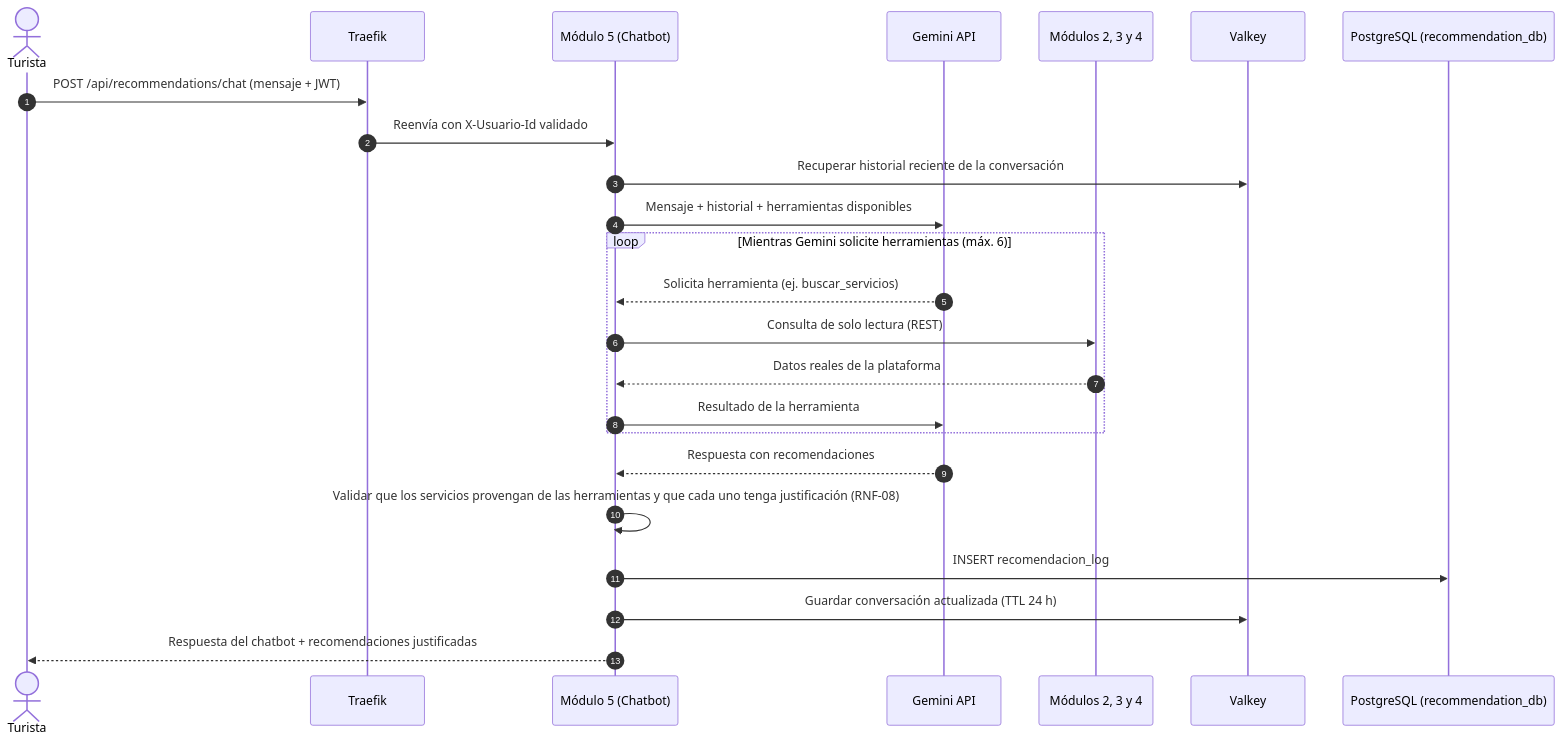
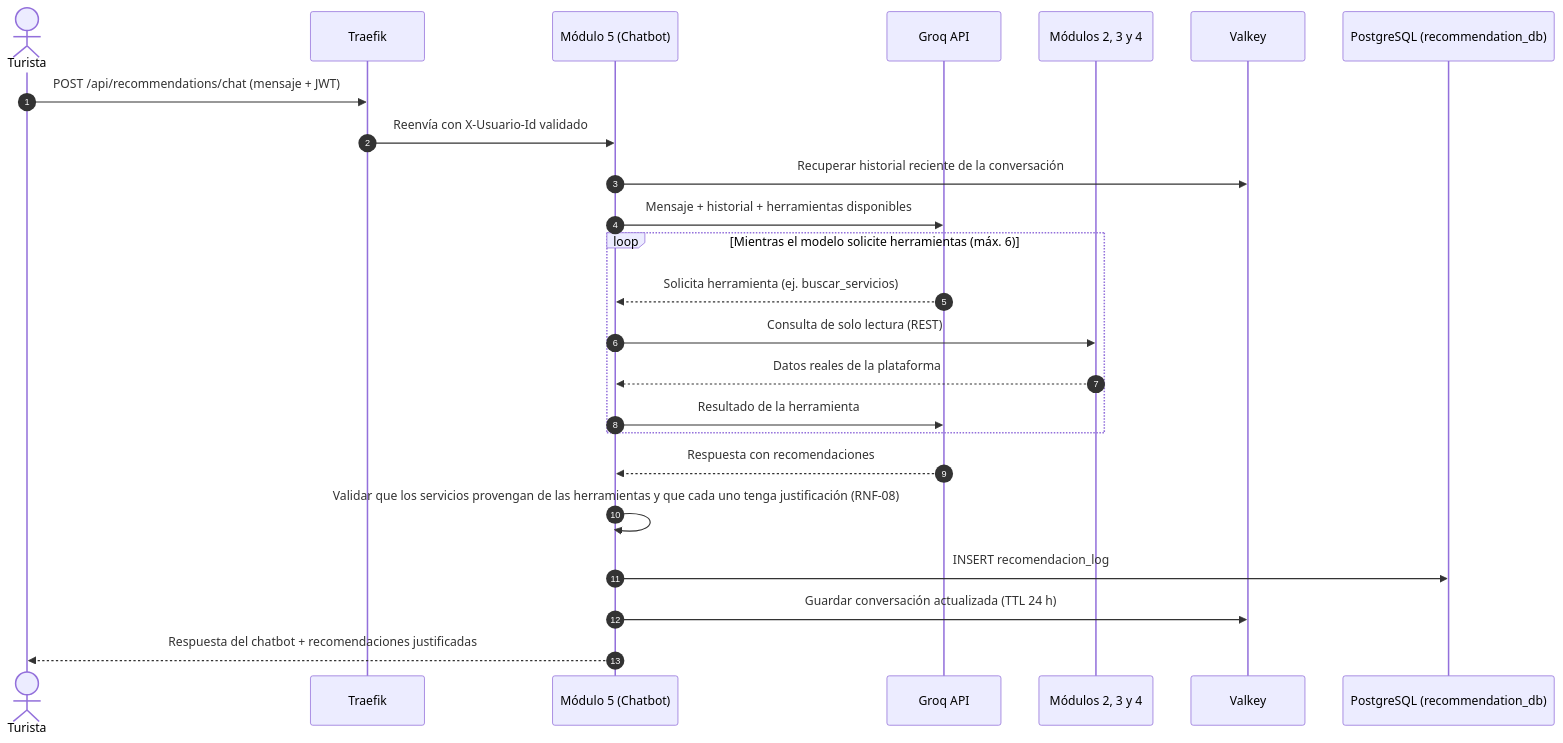
Before and after one commit to luifdo/tourism-platform: the fifth of 6 diagrams in Documents/Pages/Plan_de_Implementacion.md, drawn with Mermaid. The commit also changed other lines of this file, not shown here.

First line of the commit message:
docs(plan): Groq, despliegue real, frontend pendiente en k3s y cargas no medidas

````diff
--- a/Documents/Pages/Plan_de_Implementacion.md
+++ b/Documents/Pages/Plan_de_Implementacion.md
@@ -503,27 +503,27 @@
 ```mermaid
 sequenceDiagram
     autonumber
     actor Tur as Turista
     participant GW as Traefik
     participant AI as Módulo 5 (Chatbot)
-    participant Gem as Gemini API
+    participant Gem as Groq API
     participant Core as Módulos 2, 3 y 4
     participant Cache as Valkey
     participant DB as PostgreSQL (recommendation_db)
 
     Tur->>GW: POST /api/recommendations/chat (mensaje + JWT)
     GW->>AI: Reenvía con X-Usuario-Id validado
     AI->>Cache: Recuperar historial reciente de la conversación
     AI->>Gem: Mensaje + historial + herramientas disponibles
-    loop Mientras Gemini solicite herramientas (máx. 6)
+    loop Mientras el modelo solicite herramientas (máx. 6)
         Gem-->>AI: Solicita herramienta (ej. buscar_servicios)
         AI->>Core: Consulta de solo lectura (REST)
         Core-->>AI: Datos reales de la plataforma
         AI->>Gem: Resultado de la herramienta
     end
     Gem-->>AI: Respuesta con recomendaciones
     AI->>AI: Validar que los servicios provengan de las herramientas y que cada uno tenga justificación (RNF-08)
     AI->>DB: INSERT recomendacion_log
     AI->>Cache: Guardar conversación actualizada (TTL 24 h)
     AI-->>Tur: Respuesta del chatbot + recomendaciones justificadas
 ```
````
